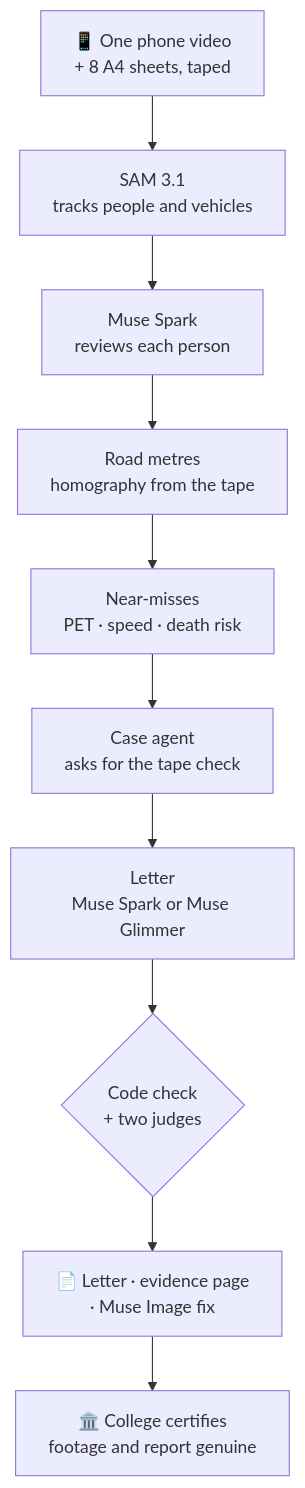
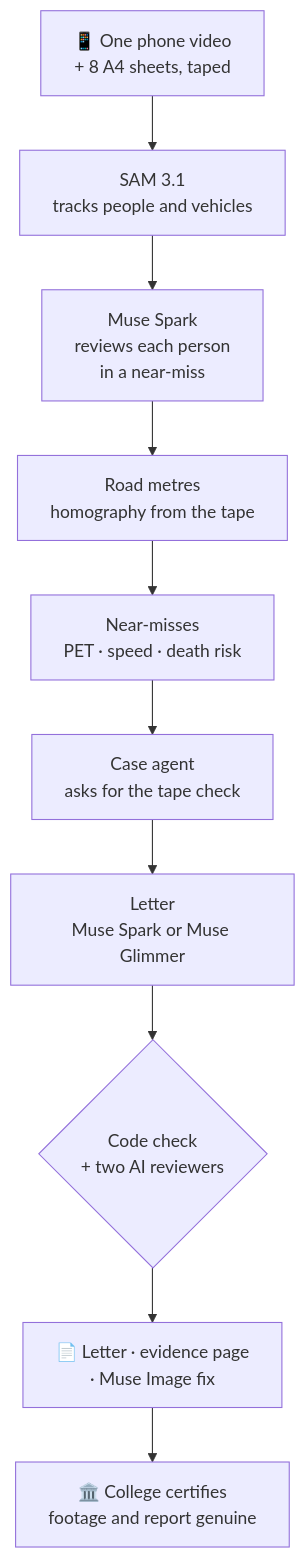
One commit to shaunmortal/crossing-watch changed the diagram in README.md. Above: the diagram before and after it, drawn with Mermaid. The commit also changed other lines of this file, not shown here.

````diff
--- a/README.md
+++ b/README.md
@@ -109,12 +119,12 @@
 ```mermaid
 flowchart TD
   A["📱 One phone video<br/>+ 8 A4 sheets, taped"] --> B["SAM 3.1<br/>tracks people and vehicles"]
-  B --> C["Muse Spark<br/>reviews each person"]
+  B --> C["Muse Spark<br/>reviews each person<br/>in a near-miss"]
   C --> D["Road metres<br/>homography from the tape"]
   D --> E["Near-misses<br/>PET · speed · death risk"]
   E --> F["Case agent<br/>asks for the tape check"]
   F --> G["Letter<br/>Muse Spark or Muse Glimmer"]
-  G --> H{"Code check<br/>+ two judges"}
+  G --> H{"Code check<br/>+ two AI reviewers"}
   H --> I["📄 Letter · evidence page<br/>· Muse Image fix"]
   I --> J["🏛️ College certifies<br/>footage and report genuine"]
 ```
````
